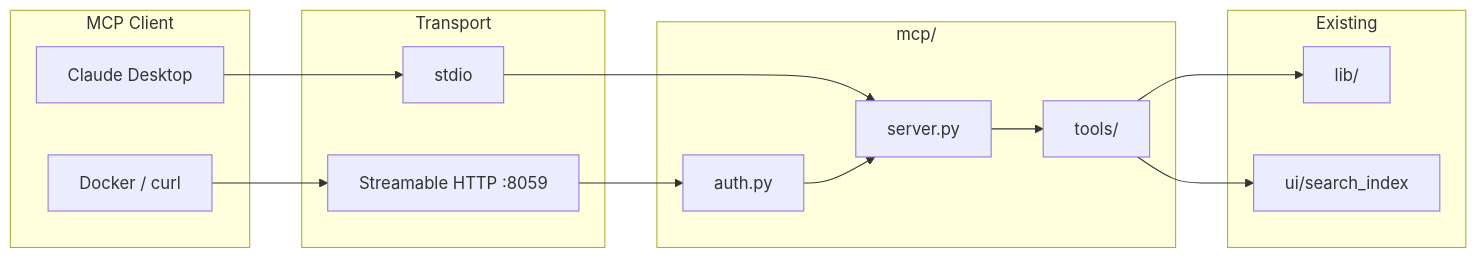
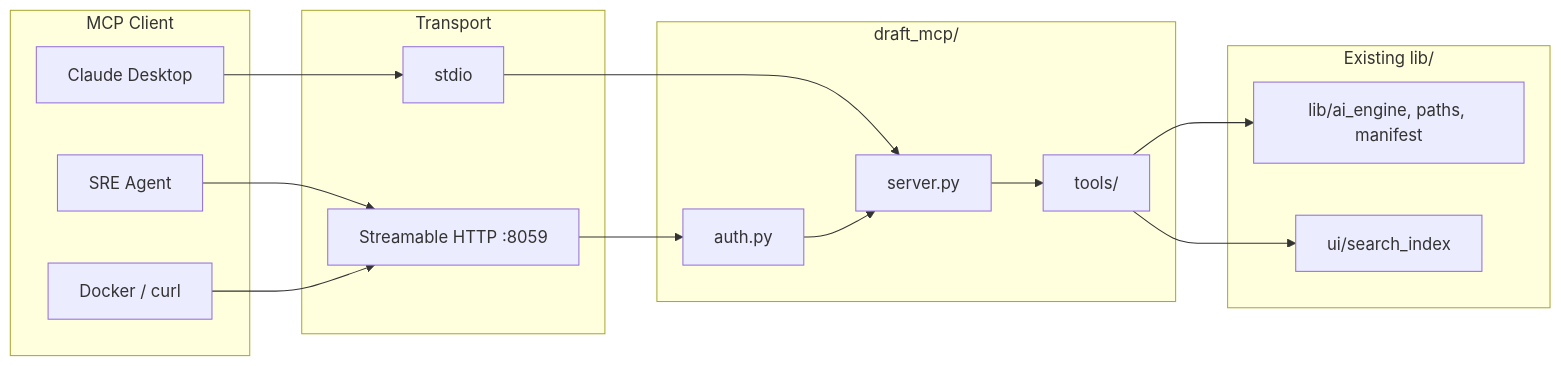
Before and after one commit to shanjing/draft: the diagram in docs/MCP_design.md, drawn with Mermaid. The commit also changed other lines of this file and 18 other files, not shown here.

````diff
--- a/docs/MCP_design.md
+++ b/docs/MCP_design.md
@@ -22,27 +25,29 @@
 ```mermaid
 flowchart LR
   subgraph client [MCP Client]
     ClaudeDesktop[Claude Desktop]
+    SREAgent[SRE Agent]
     Docker[Docker / curl]
   end
   subgraph transport [Transport]
     Stdio[stdio]
     HTTP[Streamable HTTP :8059]
   end
-  subgraph mcp [mcp/]
+  subgraph mcp [draft_mcp/]
     Server[server.py]
     Tools[tools/]
     Auth[auth.py]
   end
-  subgraph existing [Existing]
-    Lib[lib/]
+  subgraph existing [Existing lib/]
+    Lib[lib/ai_engine, paths, manifest]
     SearchIndex[ui/search_index]
   end
   ClaudeDesktop --> Stdio
+  SREAgent --> HTTP
   Docker --> HTTP
   Stdio --> Server
   HTTP --> Auth --> Server
   Server --> Tools
   Tools --> Lib
   Tools --> SearchIndex
 ```
````
